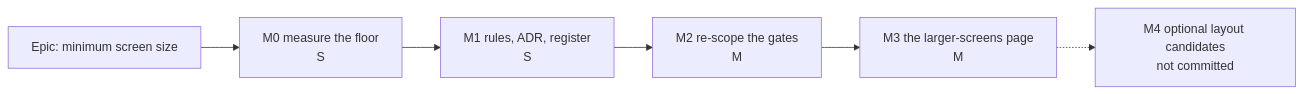
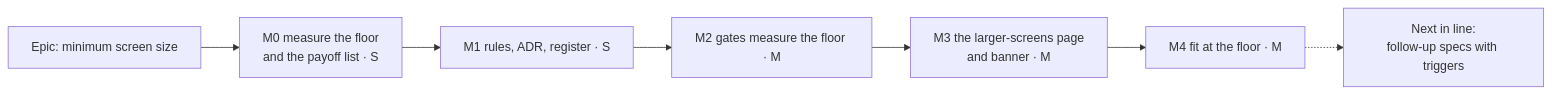
The diagram in docs/specs/minimum-viewport/implementation-plan.md (HuttonHomeHub/SchedulePoint_1), drawn with Mermaid before and after one commit. The commit also changed other lines of this file and 3 other files, not shown here.

````diff
--- a/docs/specs/minimum-viewport/implementation-plan.md
+++ b/docs/specs/minimum-viewport/implementation-plan.md
@@ -9,8 +9,9 @@
 ```mermaid
 flowchart LR
-  E[Epic: minimum screen size] --> M0[M0 measure the floor\nS]
-  M0 --> M1[M1 rules, ADR, register\nS]
-  M1 --> M2[M2 re-scope the gates\nM]
-  M2 --> M3[M3 the larger-screens page\nM]
-  M3 -.-> M4[M4 optional layout candidates\nnot committed]
+  E[Epic: minimum screen size] --> M0[M0 measure the floor\nand the payoff list · S]
+  M0 --> M1[M1 rules, ADR, register · S]
+  M1 --> M2[M2 gates measure the floor · M]
+  M2 --> M3[M3 the larger-screens page\nand banner · M]
+  M3 --> M4[M4 fit at the floor · M]
+  M4 -.-> N[Next in line:\nfollow-up specs with triggers]
 ```
````
